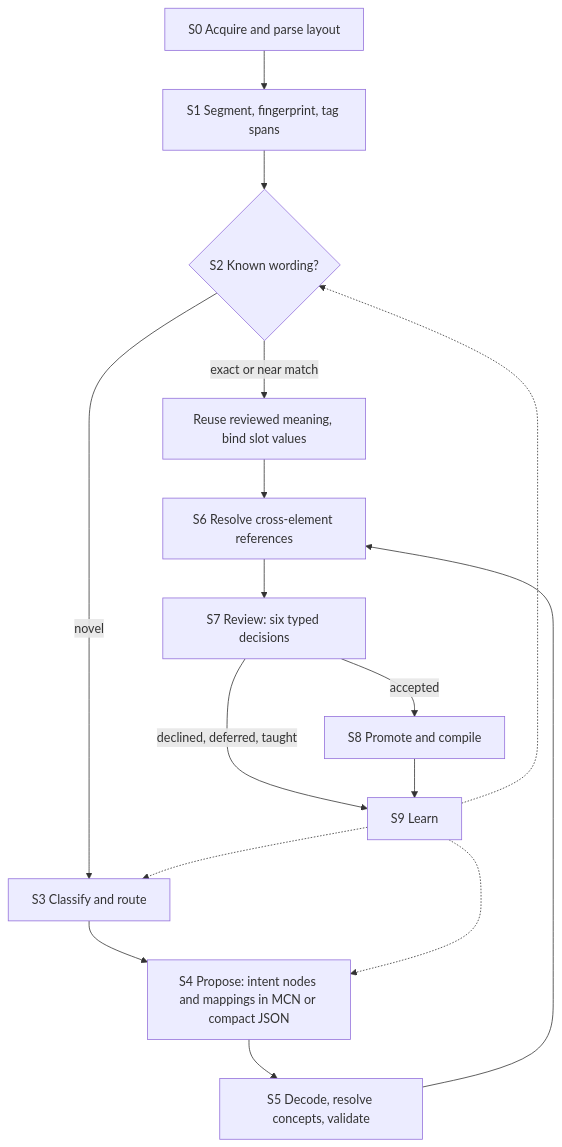
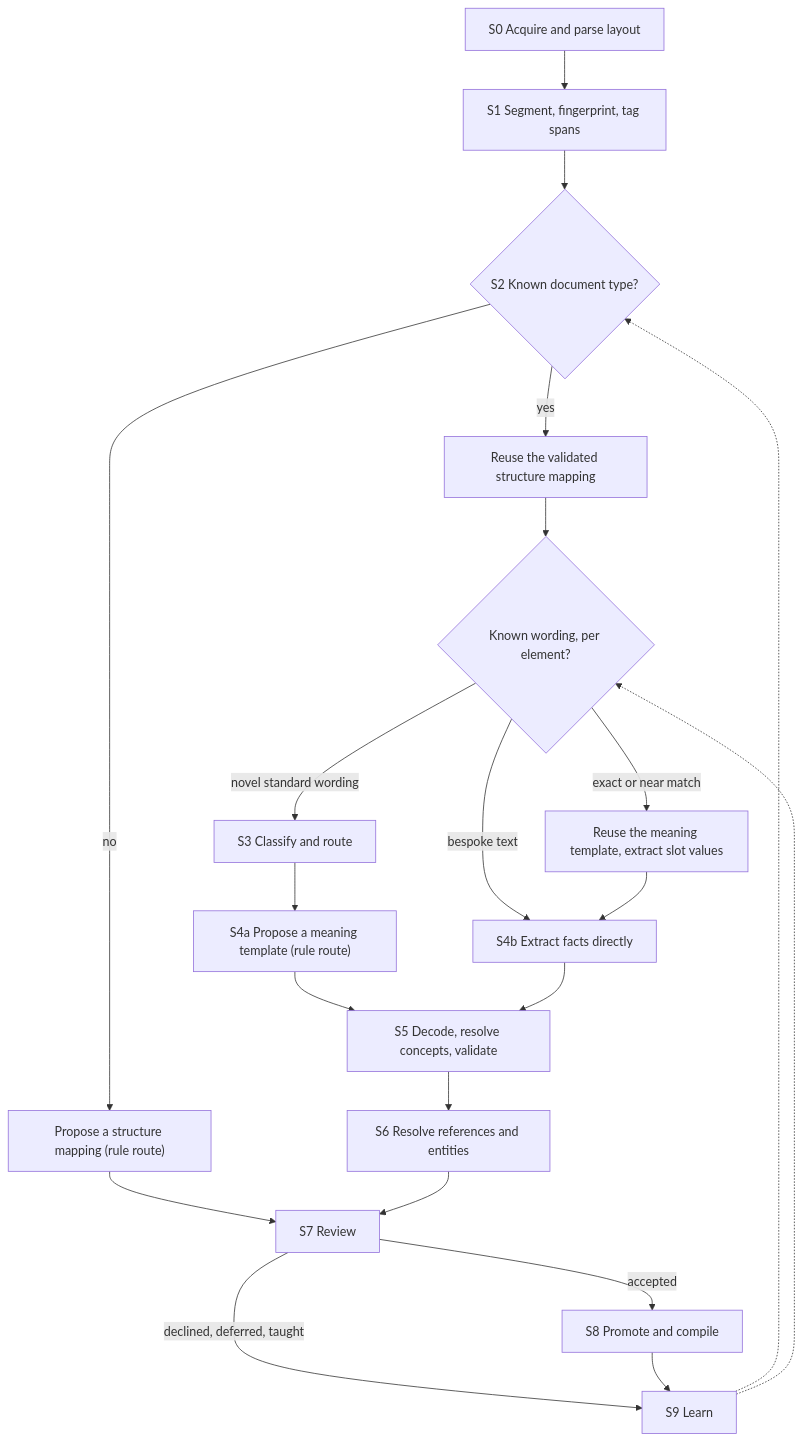
One commit to nebularis/lattice changed the diagram in docs/architecture/ingestion-vision.md. Above: the diagram before and after it, drawn with Mermaid. The commit also changed other lines of this file, not shown here.

````diff
--- a/docs/architecture/ingestion-vision.md
+++ b/docs/architecture/ingestion-vision.md
@@ -73,18 +102,23 @@
 ```mermaid
 flowchart TD
     A["S0 Acquire and parse layout"] --> B["S1 Segment, fingerprint, tag spans"]
-    B --> C{"S2 Known wording?"}
-    C -->|exact or near match| R["Reuse reviewed meaning, bind slot values"]
-    C -->|novel| D["S3 Classify and route"]
-    D --> E["S4 Propose: intent nodes and mappings in MCN or compact JSON"]
-    E --> F["S5 Decode, resolve concepts, validate"]
-    F --> G["S6 Resolve cross-element references"]
-    R --> G
-    G --> H["S7 Review: six typed decisions"]
+    B --> T{"S2 Known document type?"}
+    T -->|yes| TS["Reuse the validated structure mapping"]
+    T -->|no| TP["Propose a structure mapping (rule route)"]
+    TP --> H
+    TS --> W{"Known wording, per element?"}
+    W -->|exact or near match| R["Reuse the meaning template, extract slot values"]
+    W -->|novel standard wording| D["S3 Classify and route"]
+    W -->|bespoke text| F2["S4b Extract facts directly"]
+    D --> E["S4a Propose a meaning template (rule route)"]
+    R --> F2
+    E --> V["S5 Decode, resolve concepts, validate"]
+    F2 --> V
+    V --> G["S6 Resolve references and entities"]
+    G --> H["S7 Review"]
     H -->|accepted| I["S8 Promote and compile"]
     H -->|declined, deferred, taught| J["S9 Learn"]
     I --> J
-    J -.-> C
-    J -.-> D
-    J -.-> E
+    J -.-> T
+    J -.-> W
 ```
````
